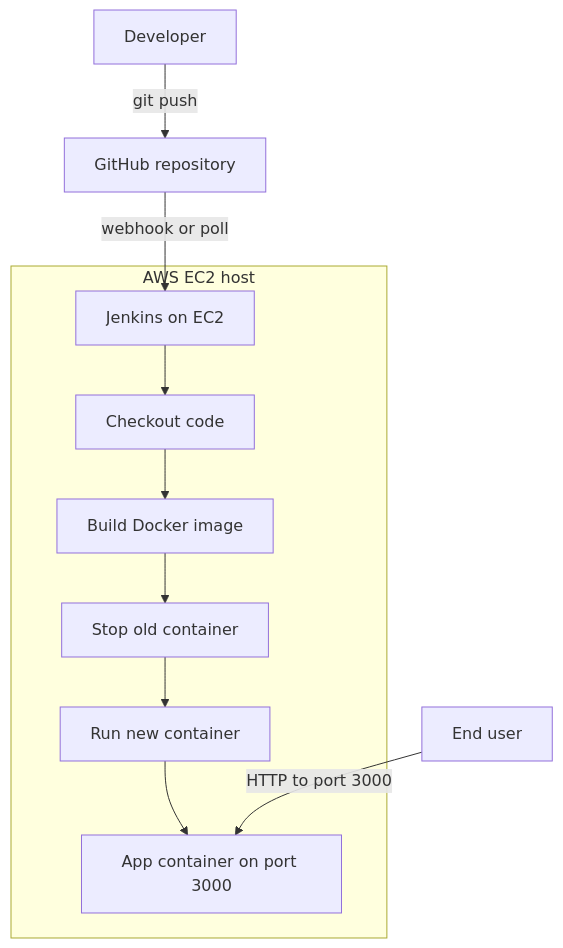
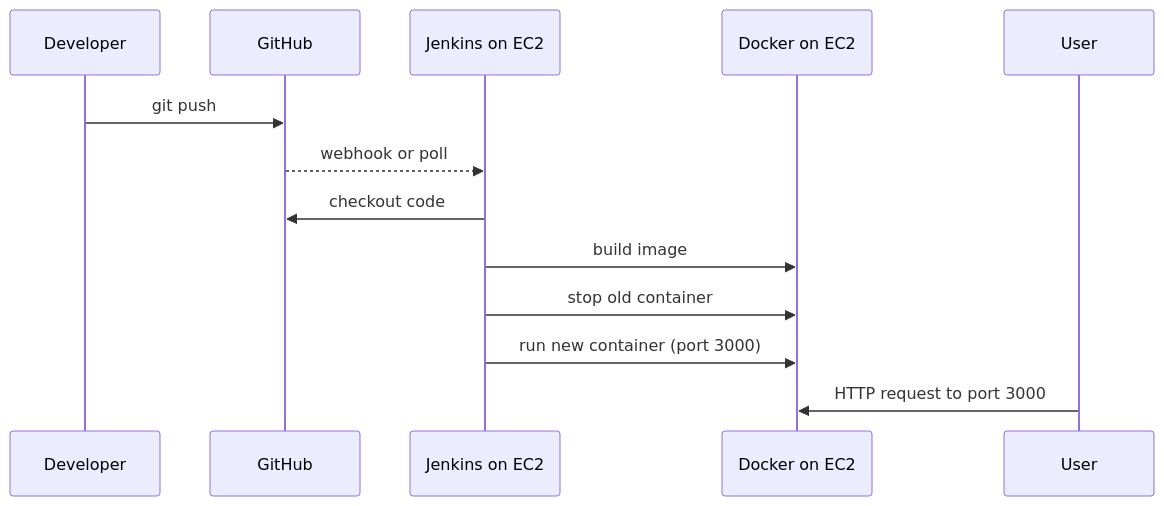
Before and after one commit to mariusforreal/ci-cd-demo-project: the diagram in README.md, drawn with Mermaid.

Commit message:
Update README with sequence diagram for CI/CD pipeline

````diff
--- a/README.md
+++ b/README.md
@@ -1,15 +1,17 @@
 ```mermaid
-flowchart TD
-  Dev[Developer] -->|git push| GH[GitHub repository]
-  GH -->|webhook or poll| JENK[Jenkins on EC2]
+sequenceDiagram
+  participant Dev as Developer
+  participant GH as GitHub
+  participant J as Jenkins on EC2
+  participant D as Docker on EC2
+  participant U as User
 
-  subgraph EC2[AWS EC2 host]
-    JENK --> CO[Checkout code]
-    CO --> B[Build Docker image]
-    B --> S[Stop old container]
-    S --> R[Run new container]
-    R --> APP[App container on port 3000]
-  end
+  Dev->>GH: git push
+  GH-->>J: webhook or poll
+  J->>GH: checkout code
+  J->>D: build image
+  J->>D: stop old container
+  J->>D: run new container (port 3000)
+  U->>D: HTTP request to port 3000
 
-  USER[End user] -->|HTTP to port 3000| APP
   ```
````
